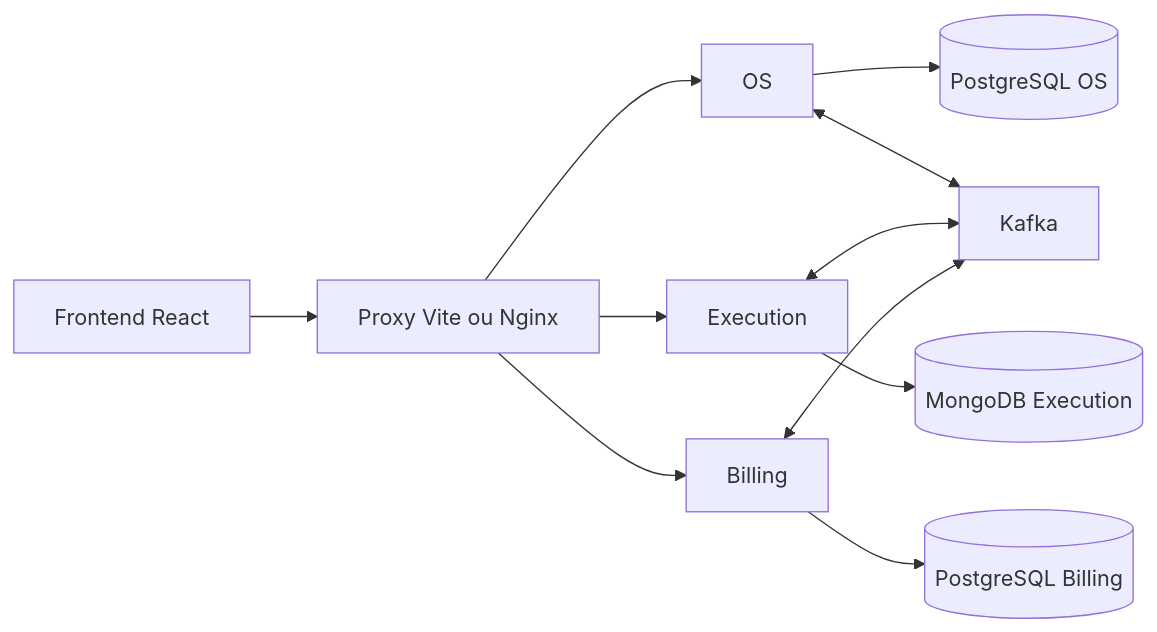
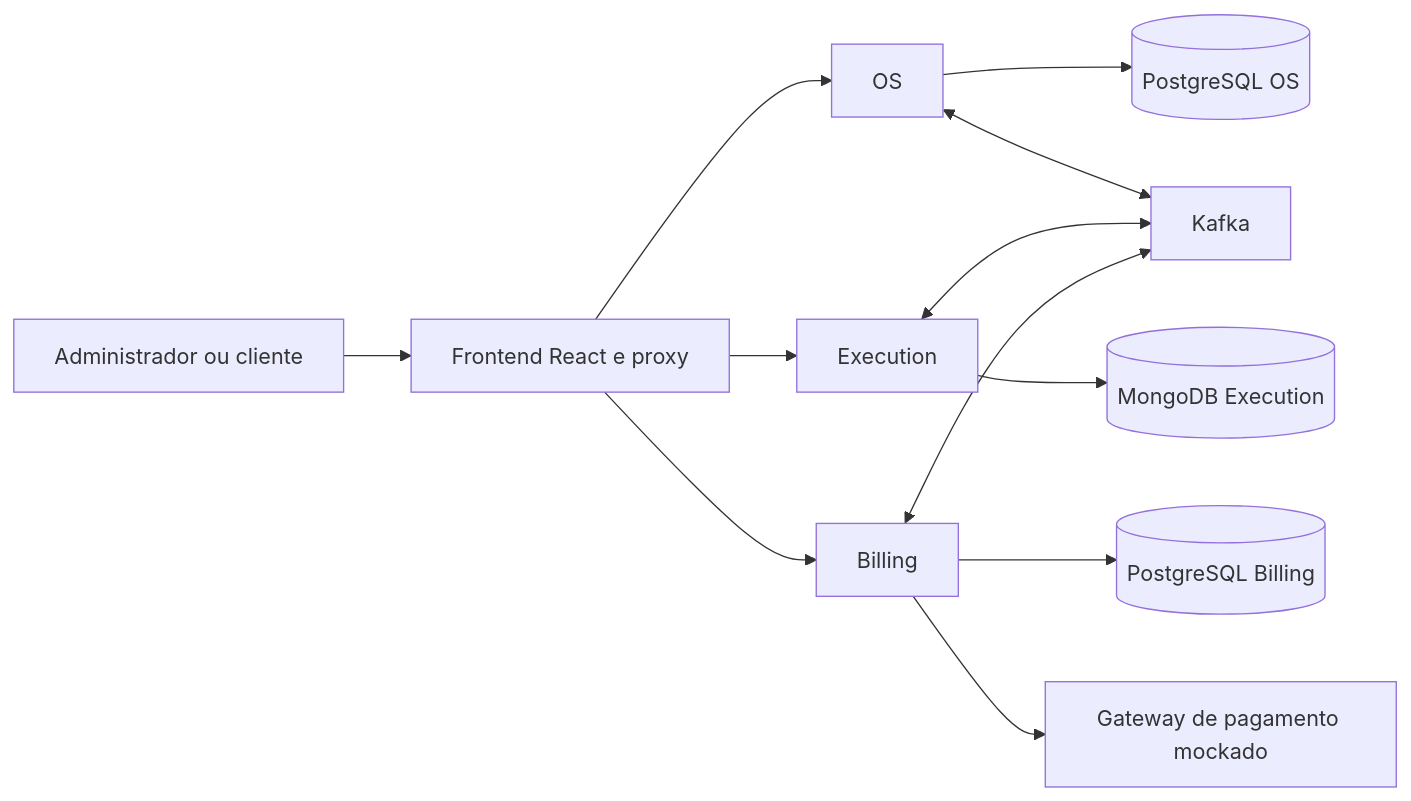
One commit to Maieru/fiap-tech-challenge changed the diagram in README.md. Above: the diagram before and after it, drawn with Mermaid. The commit also changed other lines of this file, not shown here.

````diff
--- a/README.md
+++ b/README.md
@@ -99,13 +55,14 @@
 ```mermaid
 flowchart LR
-    Frontend[Frontend React] --> Proxy[Proxy Vite ou Nginx]
-    Proxy --> OS[OS]
-    Proxy --> Execution[Execution]
-    Proxy --> Billing[Billing]
-    OS --> PostgreSQL[(PostgreSQL OS)]
-    Execution --> MongoDB[(MongoDB Execution)]
-    Billing --> BillingDB[(PostgreSQL Billing)]
-    OS <--> Kafka
+    Usuario[Administrador ou cliente] --> Frontend[Frontend React e proxy]
+    Frontend --> OS[OS]
+    Frontend --> Execution[Execution]
+    Frontend --> Billing[Billing]
+    OS --> OsDb[(PostgreSQL OS)]
+    Execution --> ExecDb[(MongoDB Execution)]
+    Billing --> BillingDb[(PostgreSQL Billing)]
+    OS <--> Kafka[Kafka]
     Execution <--> Kafka
     Billing <--> Kafka
+    Billing --> Gateway[Gateway de pagamento mockado]
 ```
````
